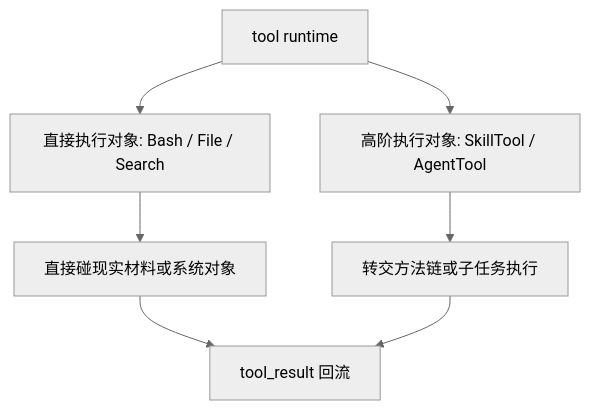
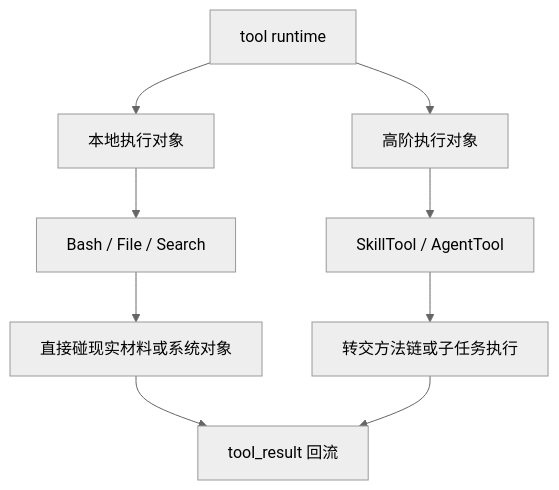
The first of 2 diagrams in docs/guidebookv2/volume-3/10-why-execution-layer-does-not-only-handle-local-tools.md (T0UGH/claude-code-source-guide), drawn with Mermaid (neutral theme) before and after one commit. The commit also changed 13 other files, not shown here.

Commit message:
tighten volume-3 diagrams and boundaries

````diff
--- a/docs/guidebookv2/volume-3/10-why-execution-layer-does-not-only-handle-local-tools.md
+++ b/docs/guidebookv2/volume-3/10-why-execution-layer-does-not-only-handle-local-tools.md
@@ -124,9 +124,11 @@
 ```mermaid
 flowchart TD
-    A[tool runtime] --> B1[直接执行对象: Bash / File / Search]
-    A --> B2[高阶执行对象: SkillTool / AgentTool]
-    B1 --> C[直接碰现实材料或系统对象]
-    B2 --> D[转交方法链或子任务执行]
-    C --> E[tool_result 回流]
-    D --> E
+    A[tool runtime] --> B1[本地执行对象]
+    A --> B2[高阶执行对象]
+    B1 --> C[Bash / File / Search]
+    B2 --> D[SkillTool / AgentTool]
+    C --> E[直接碰现实材料或系统对象]
+    D --> F[转交方法链或子任务执行]
+    E --> G[tool_result 回流]
+    F --> G
 ```
````
